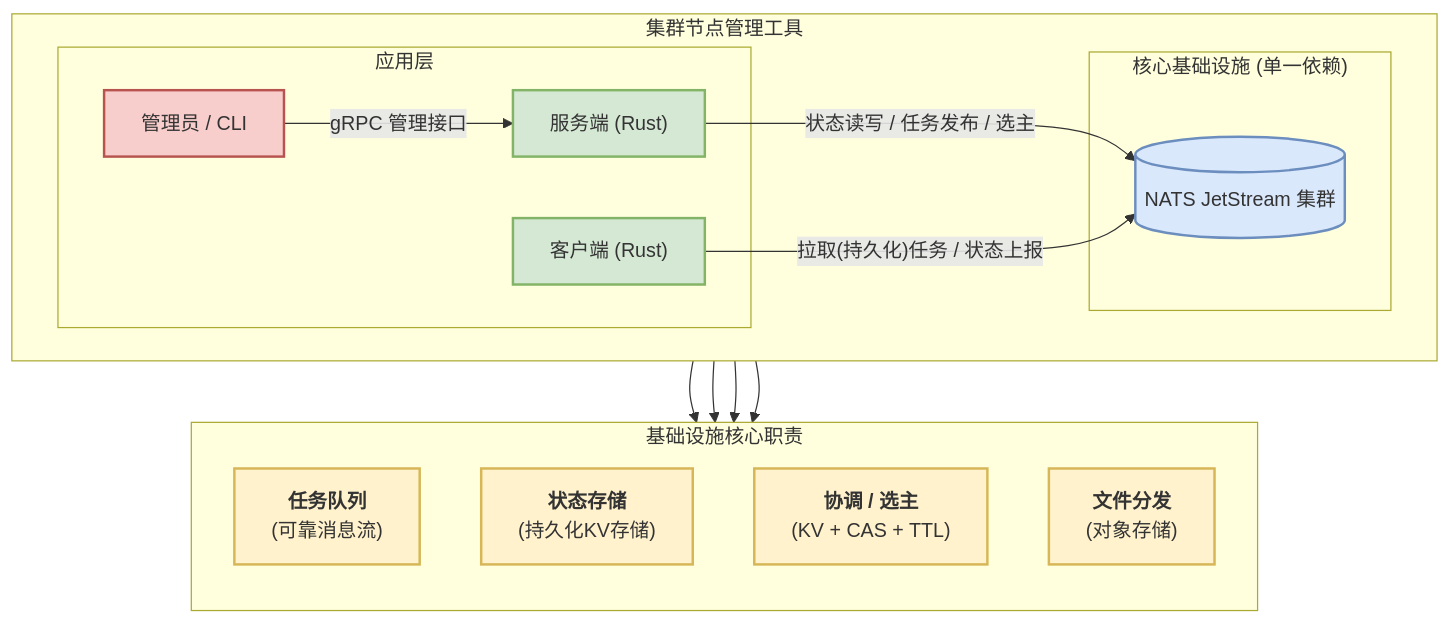
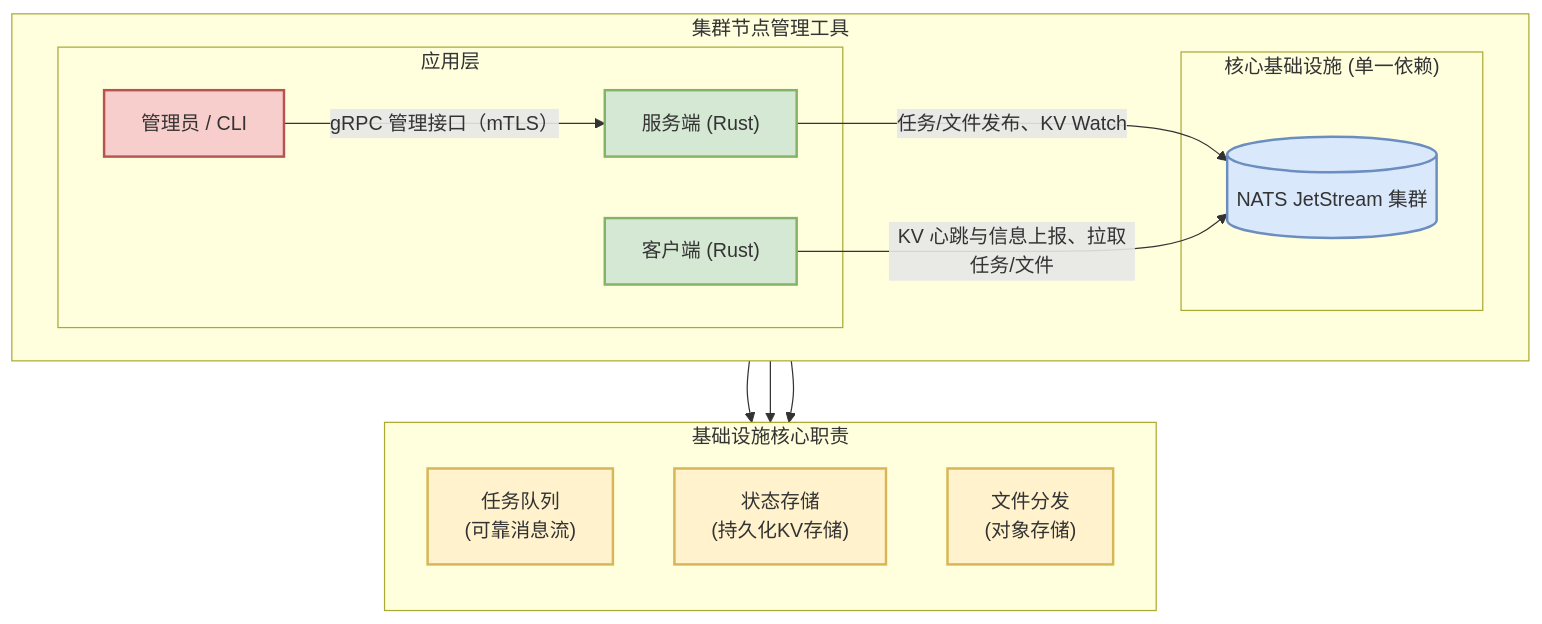
One commit to CHAK-MING/oasis changed the first of 5 diagrams in 大规模集群节点管理工具方案设计文档.md. Above: the diagram before and after it, drawn with Mermaid. The commit also changed other lines of this file and 46 other files, not shown here.

````diff
--- a/大规模集群节点管理工具方案设计文档.md
+++ b/大规模集群节点管理工具方案设计文档.md
@@ -19,39 +22,37 @@
 ```mermaid
 graph TD
     %% 定义不同组件的样式
     classDef server fill:#D5E8D4,stroke:#82B366,stroke-width:2px;
     classDef agent fill:#D5E8D4,stroke:#82B366,stroke-width:2px;
     classDef infra fill:#DAE8FC,stroke:#6C8EBF,stroke-width:2px;
     classDef responsibility fill:#FFF2CC,stroke:#D6B656,stroke-width:2px;
     classDef admin fill:#F8CECC,stroke:#B85450,stroke-width:2px;
 
     subgraph "集群节点管理工具"
         direction LR
         subgraph "应用层"
             Admin["管理员 / CLI"]:::admin
             Server["服务端 (Rust)"]:::server
             Agent["客户端 (Rust)"]:::agent
         end
 
         subgraph "核心基础设施 (单一依赖)"
             JetStream[("NATS JetStream 集群")]:::infra
         end
 
-        Admin -- "gRPC 管理接口" --> Server
-        Server -- "状态读写 / 任务发布 / 选主" --> JetStream
-        Agent -- "拉取(持久化)任务 / 状态上报" --> JetStream
+        Admin -- "gRPC 管理接口（mTLS）" --> Server
+        Server -- "任务/文件发布、KV Watch" --> JetStream
+        Agent -- "KV 心跳与信息上报、拉取任务/文件" --> JetStream
     end
 
     subgraph "基础设施核心职责"
         direction TB
-        TaskQueue["<b>任务队列</b><br/>(可靠消息流)"]:::responsibility
-        StateStore["<b>状态存储</b><br/>(持久化KV存储)"]:::responsibility
-        Election["<b>协调 / 选主</b><br/>(KV + CAS + TTL)"]:::responsibility
-        FileStore["<b>文件分发</b><br/>(对象存储)"]:::responsibility
+        TaskQueue["任务队列<br/>(可靠消息流)"]:::responsibility
+        StateStore["状态存储<br/>(持久化KV存储)"]:::responsibility
+        FileStore["文件分发<br/>(对象存储)"]:::responsibility
     end
 
     JetStream --> TaskQueue
     JetStream --> StateStore
-    JetStream --> Election
     JetStream --> FileStore
 ```
````
